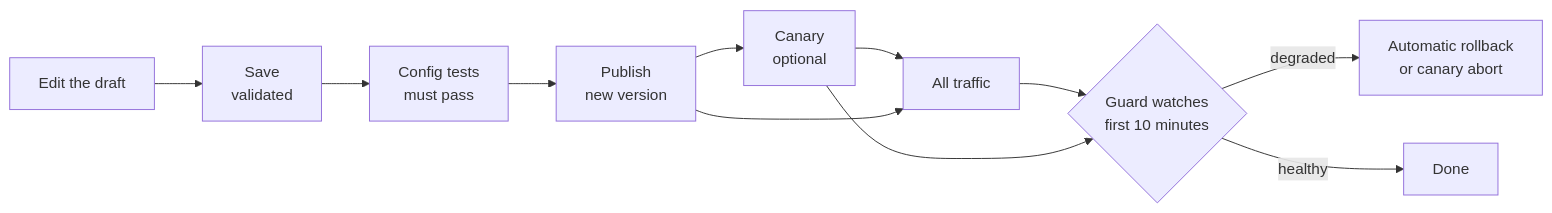
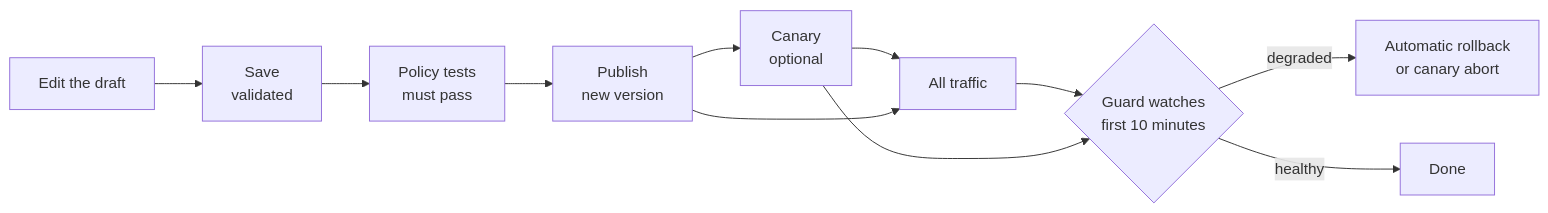
One commit to chrisleekr/edge-proxy changed the diagram in docs/use/publishing.md. Above: the diagram before and after it, drawn with Mermaid. The commit also changed other lines of this file and 71 other files, not shown here.

````diff
--- a/docs/use/publishing.md
+++ b/docs/use/publishing.md
@@ -5,13 +5,13 @@
 ```mermaid
 flowchart LR
     Draft["Edit the draft"] --> Save["Save<br/>validated"]
-    Save --> Tests["Config tests<br/>must pass"]
+    Save --> Tests["Policy tests<br/>must pass"]
     Tests --> Publish["Publish<br/>new version"]
     Publish --> Canary["Canary<br/>optional"]
     Canary --> Full["All traffic"]
     Publish --> Full
     Full --> Guard{"Guard watches<br/>first 10 minutes"}
     Canary --> Guard
     Guard -->|"degraded"| Back["Automatic rollback<br/>or canary abort"]
     Guard -->|"healthy"| Done["Done"]
 ```
````
